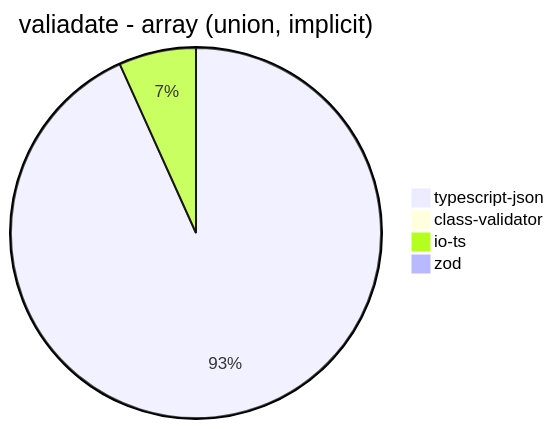
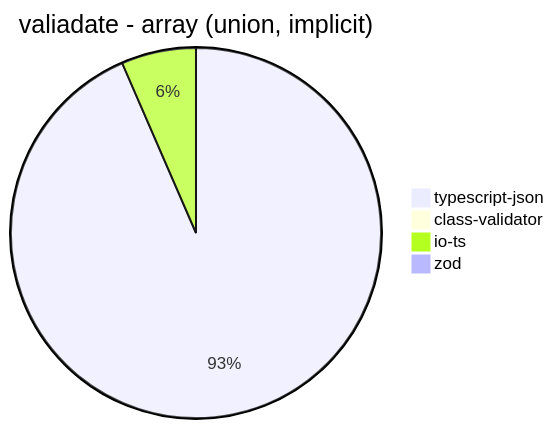
Before and after one commit to samchon/typia: diagram 15 of 32 in benchmark/results/AMD Ryzen 7 5800H with Radeon Graphics.md, drawn with Mermaid. The commit also changed other lines of this file and 7 other files, not shown here.

````diff
--- a/benchmark/results/AMD Ryzen 7 5800H with Radeon Graphics.md
+++ b/benchmark/results/AMD Ryzen 7 5800H with Radeon Graphics.md
@@ -172,7 +172,7 @@
 ```mermaid
 pie title valiadate - array (union, implicit)
-  "typescript-json": 1399.3010851572558
-  "class-validator": 0
-  "io-ts": 101.2589928057554
-  "zod": 3.5593855376545522
+  "typescript-json": 1667.821330902461
+  "class-validator": 8.94187779433681
+  "io-ts": 116.4021164021164
+  "zod": 3.7593984962406015
 ```
````
